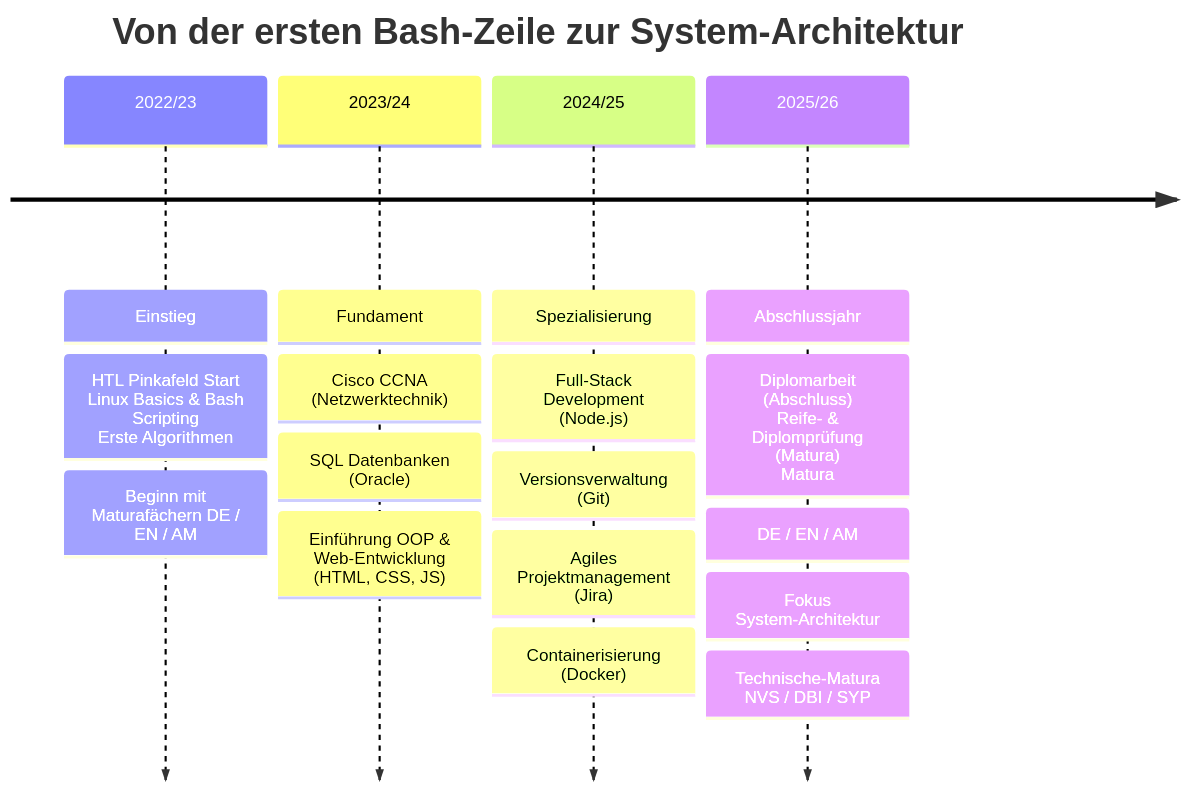
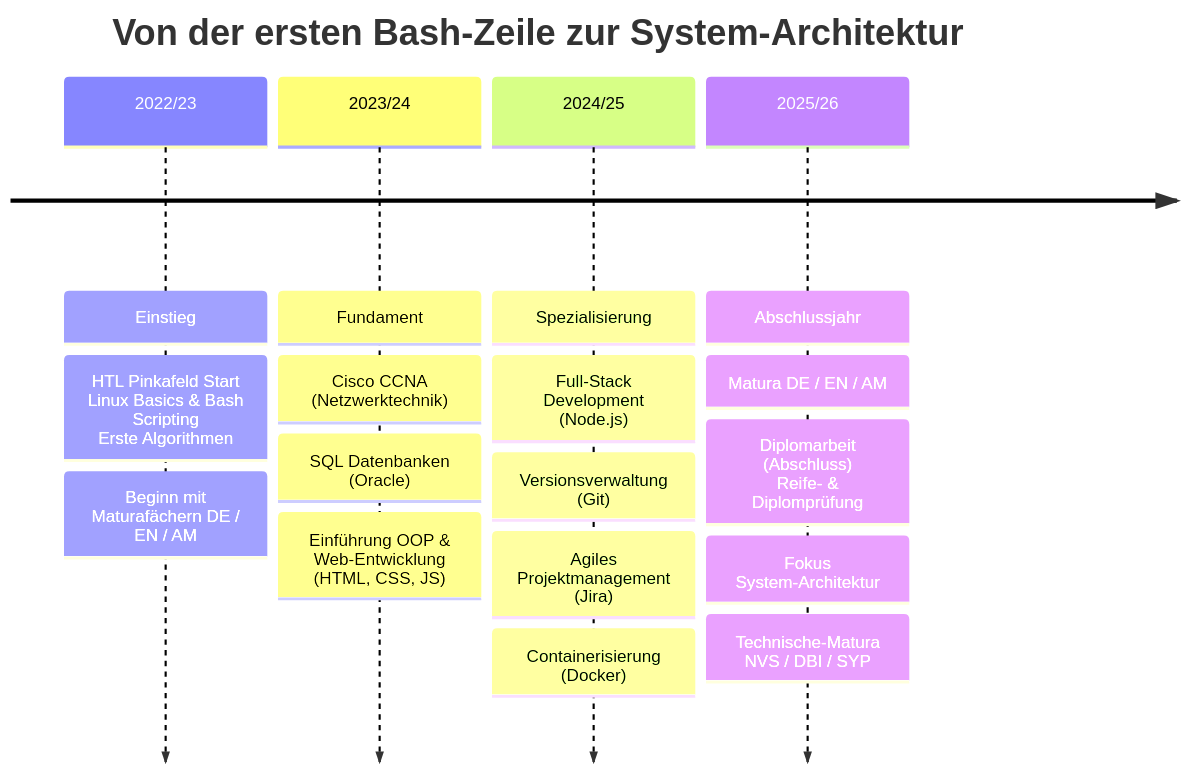
The diagram in README.md (Nob101/Nob101), drawn with Mermaid before and after one commit.

Commit message:
Refactor graduation year section in README

`````diff
--- a/README.md
+++ b/README.md
@@ -128,10 +128,10 @@
 ````mermaid
 
 timeline
     title   Von der ersten Bash-Zeile zur System-Architektur
     2022/23 :  Einstieg : HTL Pinkafeld Start <br> Linux Basics & Bash Scripting <br> Erste Algorithmen <br> : Beginn mit Maturafächern DE / EN / AM 
     2023/24 :  Fundament : Cisco CCNA (Netzwerktechnik) : <br> SQL Datenbanken (Oracle) : <br>  Einführung OOP & Web-Entwicklung (HTML, CSS, JS)
     2024/25 :  Spezialisierung : Full-Stack Development (Node.js) : <br> Versionsverwaltung (Git) : <br> Agiles Projektmanagement (Jira) : <br>  Containerisierung (Docker)
-    2025/26 :  Abschlussjahr : Diplomarbeit (Abschluss) <br> Reife- & Diplomprüfung (Matura) <br> Matura: DE / EN / AM : <br> Fokus System-Architektur : <br> Technische-Matura NVS / DBI / SYP
+    2025/26 :  Abschlussjahr : <br> Matura DE / EN / AM : Diplomarbeit (Abschluss) <br> Reife- & Diplomprüfung : <br> Fokus System-Architektur : <br> Technische-Matura NVS / DBI / SYP
 
 ````
`````
